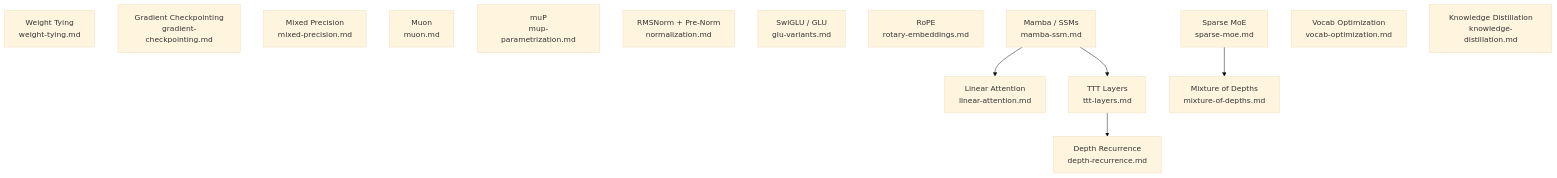
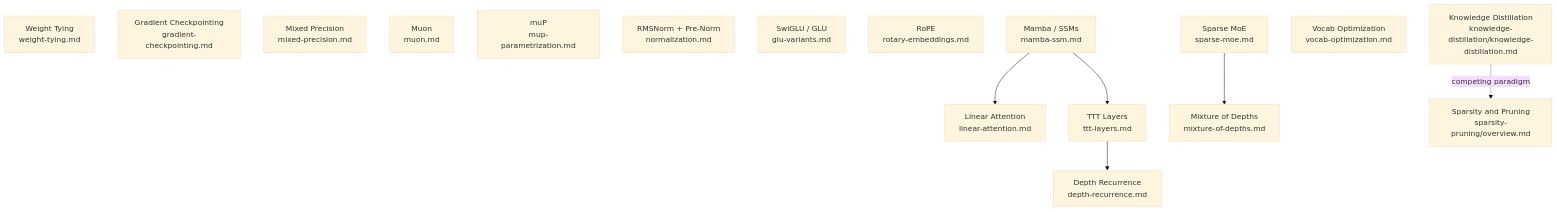
Before and after one commit to calwoo/research-notes: the diagram in concepts/deep-learning-engineering/overview.md, drawn with Mermaid (base theme). The commit also changed other lines of this file and 10 other files, not shown here.

Commit message:
refactor: move sparsity-pruning and knowledge-distillation under deep-learning-engineering; update all wikilinks and DLE overview

````diff
--- a/concepts/deep-learning-engineering/overview.md
+++ b/concepts/deep-learning-engineering/overview.md
@@ -87,24 +102,26 @@
 ```mermaid
 flowchart TD
     WT["Weight Tying<br/>weight-tying.md"]
     GC["Gradient Checkpointing<br/>gradient-checkpointing.md"]
     MP["Mixed Precision<br/>mixed-precision.md"]
     MU["Muon<br/>muon.md"]
     UP["muP<br/>mup-parametrization.md"]
     NM["RMSNorm + Pre-Norm<br/>normalization.md"]
     GL["SwiGLU / GLU<br/>glu-variants.md"]
     RO["RoPE<br/>rotary-embeddings.md"]
     MB["Mamba / SSMs<br/>mamba-ssm.md"]
     LA["Linear Attention<br/>linear-attention.md"]
     TTT["TTT Layers<br/>ttt-layers.md"]
     DR["Depth Recurrence<br/>depth-recurrence.md"]
     MoE["Sparse MoE<br/>sparse-moe.md"]
     MoD["Mixture of Depths<br/>mixture-of-depths.md"]
     VO["Vocab Optimization<br/>vocab-optimization.md"]
-    KD["Knowledge Distillation<br/>knowledge-distillation.md"]
+    KD["Knowledge Distillation<br/>knowledge-distillation/knowledge-distillation.md"]
+    SP["Sparsity and Pruning<br/>sparsity-pruning/overview.md"]
 
     MB --> LA
     MB --> TTT
     TTT --> DR
     MoE --> MoD
+    KD -.->|"competing paradigm"| SP
 ```
````
